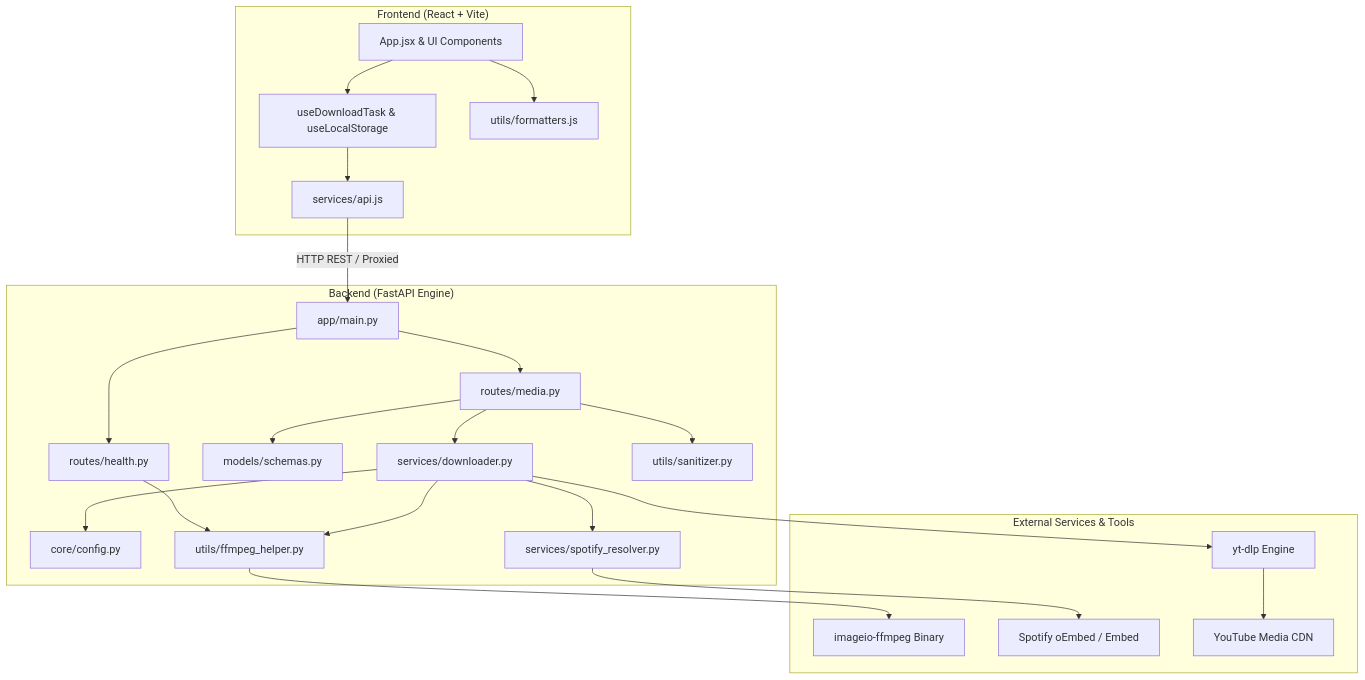
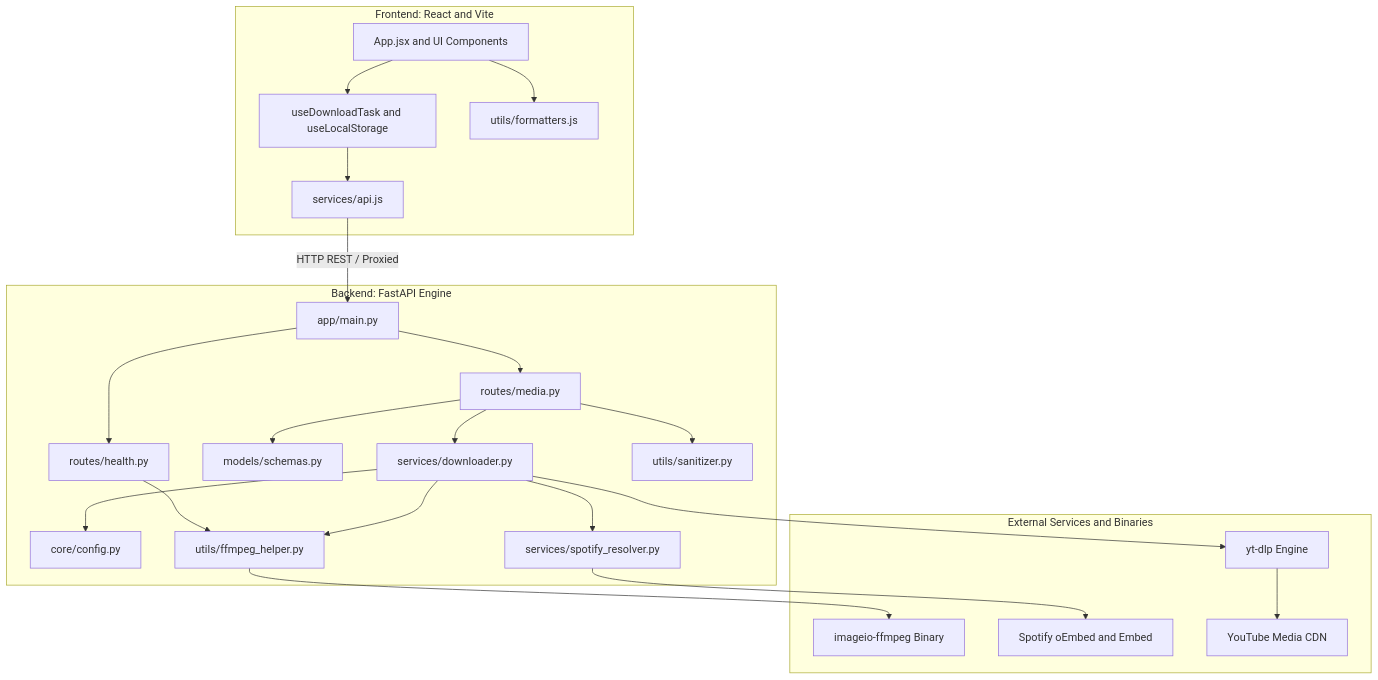
One commit to learnthusalearner/TuneFetch changed the first of 2 diagrams in ARCHITECTURE.md. Above: the diagram before and after it, drawn with Mermaid. The commit also changed other lines of this file, not shown here.

Commit message:
fix: resolve Mermaid sequence diagram syntax for GitHub renderer

````diff
--- a/ARCHITECTURE.md
+++ b/ARCHITECTURE.md
@@ -9,46 +9,46 @@
 ```mermaid
 graph TD
-    subgraph Client ["Frontend (React + Vite)"]
-        UI[App.jsx & UI Components]
-        Hooks[useDownloadTask & useLocalStorage]
+    subgraph Client ["Frontend: React and Vite"]
+        UI[App.jsx and UI Components]
+        Hooks[useDownloadTask and useLocalStorage]
         APIClient[services/api.js]
         Formatters[utils/formatters.js]
     end
 
-    subgraph Server ["Backend (FastAPI Engine)"]
+    subgraph Server ["Backend: FastAPI Engine"]
         Main[app/main.py]
         RouterMedia[routes/media.py]
         RouterHealth[routes/health.py]
         Schemas[models/schemas.py]
         Config[core/config.py]
         Downloader[services/downloader.py]
         SpotifyRes[services/spotify_resolver.py]
         FFmpegHelper[utils/ffmpeg_helper.py]
         Sanitizer[utils/sanitizer.py]
     end
 
-    subgraph External ["External Services & Tools"]
+    subgraph External ["External Services and Binaries"]
         YTDLP[yt-dlp Engine]
         ImageIO[imageio-ffmpeg Binary]
-        SpotifyEmbed[Spotify oEmbed / Embed]
+        SpotifyEmbed[Spotify oEmbed and Embed]
         YouTube[YouTube Media CDN]
     end
 
     UI --> Hooks
     UI --> Formatters
     Hooks --> APIClient
     APIClient -->|HTTP REST / Proxied| Main
     Main --> RouterMedia
     Main --> RouterHealth
     RouterMedia --> Schemas
     RouterMedia --> Downloader
     RouterMedia --> Sanitizer
     RouterHealth --> FFmpegHelper
     Downloader --> SpotifyRes
     Downloader --> FFmpegHelper
     Downloader --> YTDLP
     Downloader --> Config
     SpotifyRes --> SpotifyEmbed
     FFmpegHelper --> ImageIO
     YTDLP --> YouTube
 ```
````
